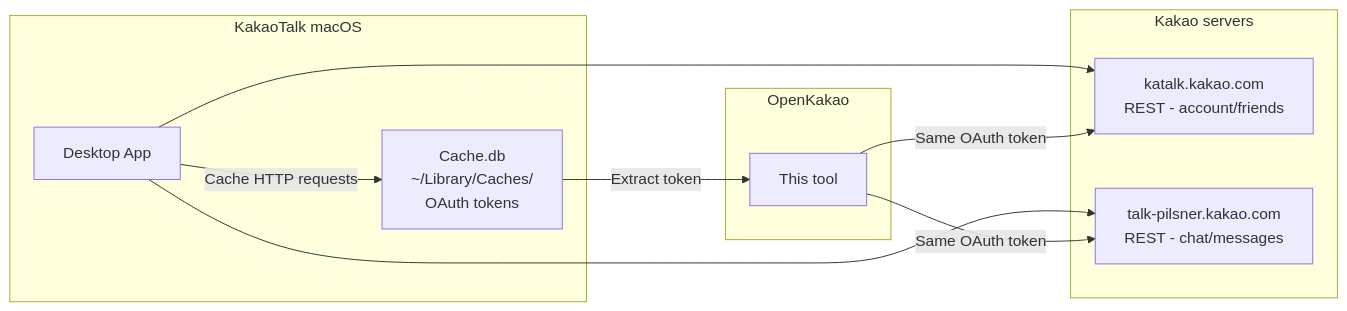
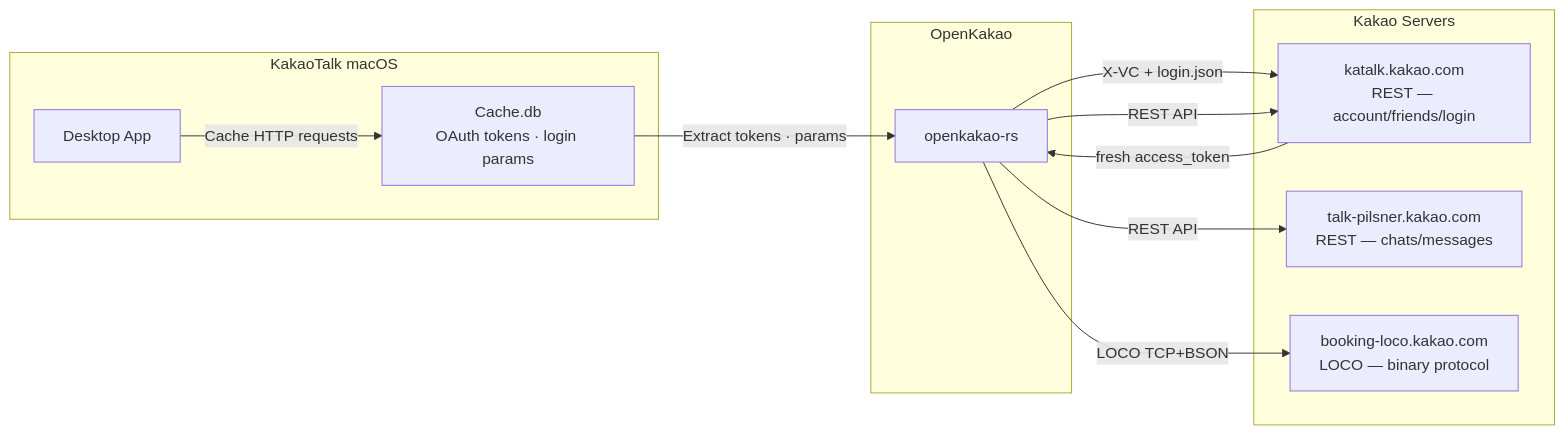
One commit to JungHoonGhae/openkakao changed the diagram in README.en.md. Above: the diagram before and after it, drawn with Mermaid. The commit also changed other lines of this file, not shown here.

````diff
--- a/README.en.md
+++ b/README.en.md
@@ -170,21 +221,23 @@
 ```mermaid
 flowchart LR
     subgraph app["KakaoTalk macOS"]
         A[Desktop App]
-        C[Cache.db\n~/Library/Caches/\nOAuth tokens]
+        C[Cache.db<br/>OAuth tokens · login params]
     end
-    subgraph servers["Kakao servers"]
-        K[katalk.kakao.com\nREST - account/friends]
-        P[talk-pilsner.kakao.com\nREST - chat/messages]
+    subgraph servers["Kakao Servers"]
+        K[katalk.kakao.com<br/>REST — account/friends/login]
+        P[talk-pilsner.kakao.com<br/>REST — chats/messages]
+        L[booking-loco.kakao.com<br/>LOCO — binary protocol]
     end
     subgraph tool["OpenKakao"]
-        O[This tool]
+        O[openkakao-rs]
     end
 
     A -->|Cache HTTP requests| C
-    A --> K
-    A --> P
-    C -->|Extract token| O
-    O -->|Same OAuth token| K
-    O -->|Same OAuth token| P
+    C -->|Extract tokens · params| O
+    O -->|X-VC + login.json| K
+    K -->|fresh access_token| O
+    O -->|REST API| K
+    O -->|REST API| P
+    O -->|LOCO TCP+BSON| L
 ```
````
